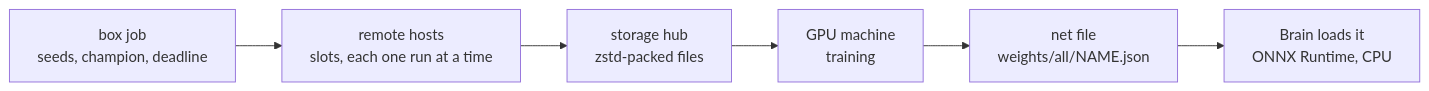
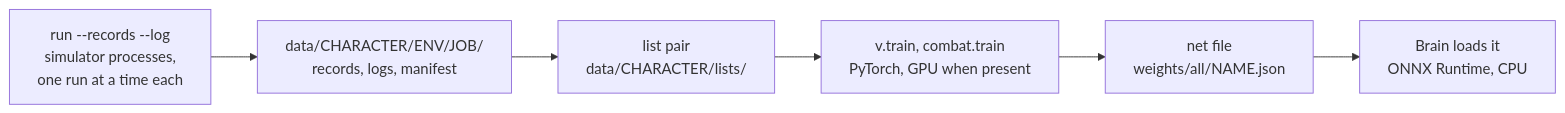
Before and after one commit to shinnku-nikaidou/spire-zero: the diagram in docs/src/content/docs/en/arch/learning/reference.mdx, drawn with Mermaid. The commit also changed other lines of this file and 164 other files, not shown here.

````diff
--- a/docs/src/content/docs/en/arch/learning/reference.mdx
+++ b/docs/src/content/docs/en/arch/learning/reference.mdx
@@ -14,8 +14,8 @@
 ```mermaid
 flowchart LR
-  S["box job<br/>seeds, champion, deadline"] --> W["remote hosts<br/>slots, each one run at a time"]
-  W --> H["storage hub<br/>zstd-packed files"]
-  H --> T["GPU machine<br/>training"]
+  R["run --records --log<br/>simulator processes,<br/>one run at a time each"] --> D["data/CHARACTER/ENV/JOB/<br/>records, logs, manifest"]
+  D --> L["list pair<br/>data/CHARACTER/lists/"]
+  L --> T["v.train, combat.train<br/>PyTorch, GPU when present"]
   T --> WT["net file<br/>weights/all/NAME.json"]
   WT --> B["Brain loads it<br/>ONNX Runtime, CPU"]
 ```
````
